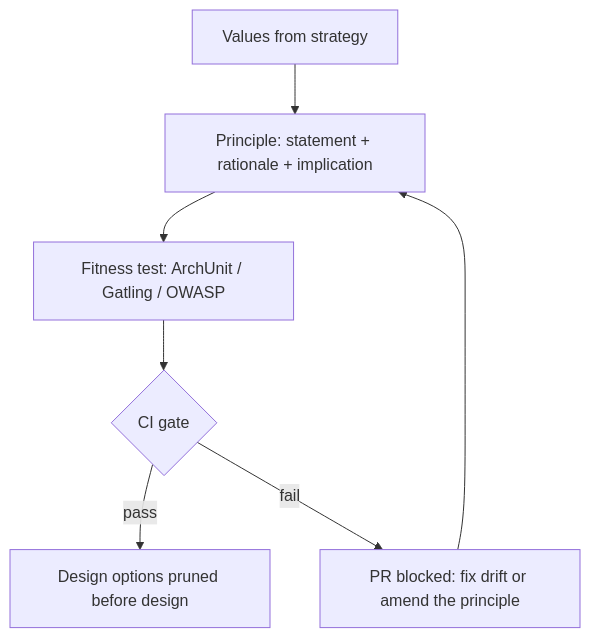
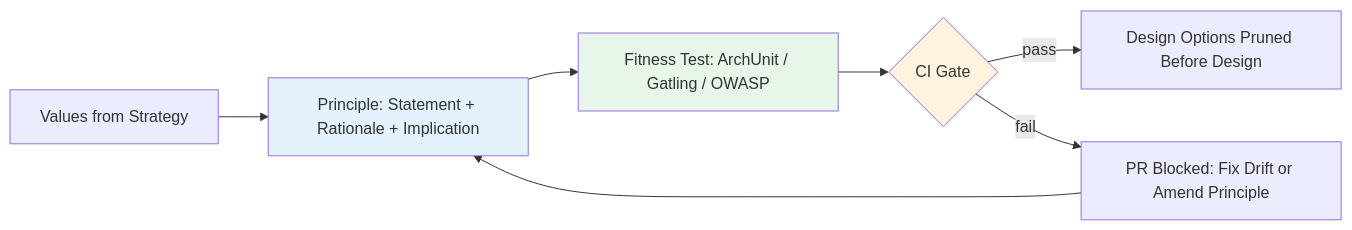
The diagram in Architect/01_Architecture-Foundations/Architecture-Principles.md (kotiansukesh/Engineering-Knowledge-System), drawn with Mermaid before and after one commit. The commit also changed other lines of this file and 546 other files, not shown here.

````diff
--- a/Architect/01_Architecture-Foundations/Architecture-Principles.md
+++ b/Architect/01_Architecture-Foundations/Architecture-Principles.md
@@ -14,9 +25,12 @@
 ```mermaid
-graph TD
- V[Values from strategy] --> P["Principle: statement + rationale + implication"]
- P --> F[Fitness test: ArchUnit / Gatling / OWASP]
- F --> G{CI gate}
- G -->|pass| O[Design options pruned before design]
- G -->|fail| R[PR blocked: fix drift or amend the principle]
- R --> P
+flowchart LR
+    V[Values from Strategy] --> P["Principle: Statement + Rationale + Implication"]
+    P --> F[Fitness Test: ArchUnit / Gatling / OWASP]
+    F --> G{CI Gate}
+    G -->|pass| O[Design Options Pruned Before Design]
+    G -->|fail| R[PR Blocked: Fix Drift or Amend Principle]
+    R --> P
+    style P fill:#e3f2fd
+    style F fill:#e8f5e9
+    style G fill:#fff3e0
 ```
````
